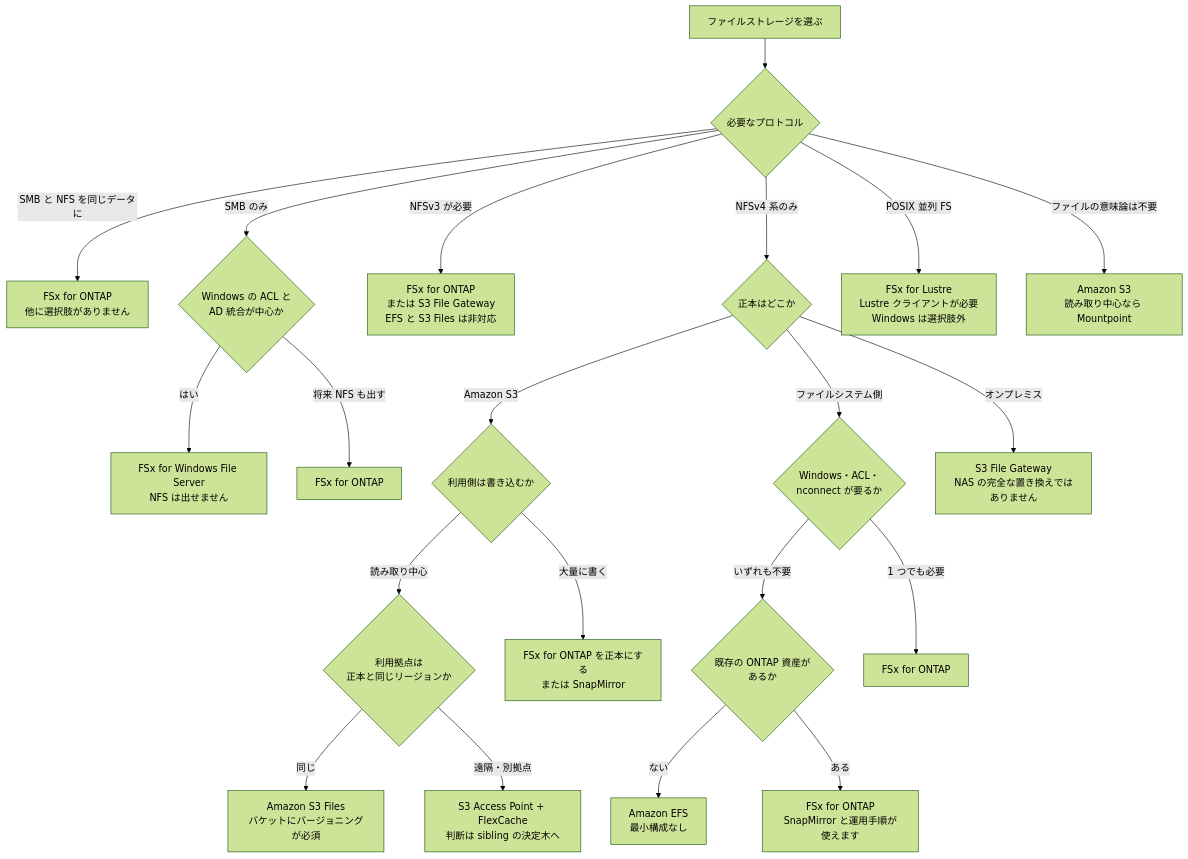
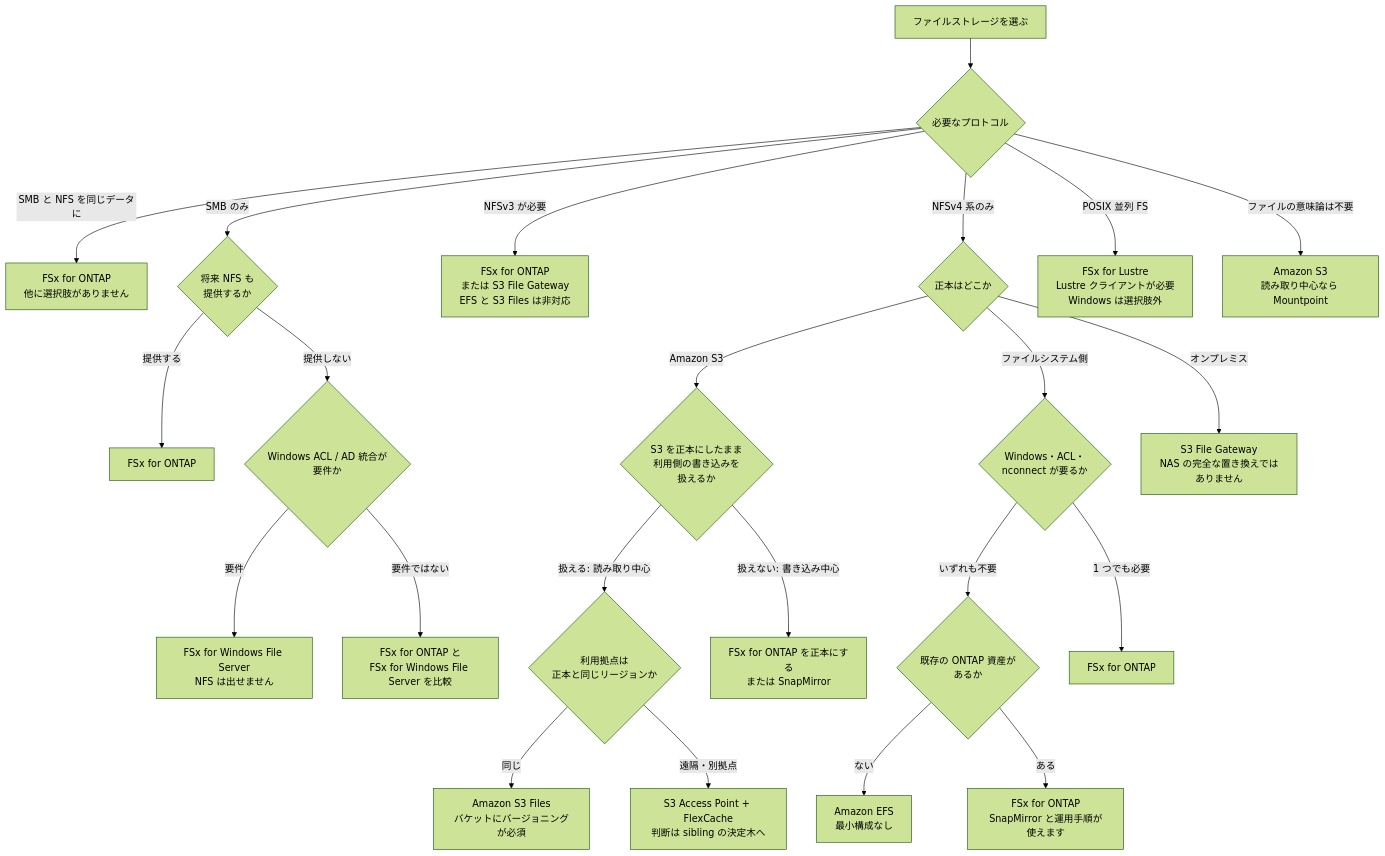
The diagram in docs/ja/reference/decision-trees/file-storage-selection.md (Yoshiki0705/FSx-for-ONTAP-Adoption-Playbook), drawn with Mermaid (forest theme) before and after one commit. The commit also changed other lines of this file and 257 other files, not shown here.

````diff
--- a/docs/ja/reference/decision-trees/file-storage-selection.md
+++ b/docs/ja/reference/decision-trees/file-storage-selection.md
@@ -41,30 +41,32 @@
 ```mermaid
 graph TD
     START[ファイルストレージを選ぶ] --> P{必要なプロトコル}
 
     P -->|SMB と NFS を同じデータに| ONTAP1["FSx for ONTAP<br/>他に選択肢がありません"]
-    P -->|SMB のみ| W{Windows の ACL と<br/>AD 統合が中心か}
+    P -->|SMB のみ| W{将来 NFS も<br/>提供するか}
     P -->|NFSv3 が必要| V3["FSx for ONTAP<br/>または S3 File Gateway<br/>EFS と S3 Files は非対応"]
     P -->|NFSv4 系のみ| SRC{正本はどこか}
     P -->|POSIX 並列 FS| LUSTRE["FSx for Lustre<br/>Lustre クライアントが必要<br/>Windows は選択肢外"]
     P -->|ファイルの意味論は不要| S3ONLY["Amazon S3<br/>読み取り中心なら Mountpoint"]
 
-    W -->|はい| WIN["FSx for Windows File Server<br/>NFS は出せません"]
-    W -->|将来 NFS も出す| ONTAP2["FSx for ONTAP"]
+    W -->|提供する| ONTAP2["FSx for ONTAP"]
+    W -->|提供しない| WACL{Windows ACL / AD 統合が<br/>要件か}
+    WACL -->|要件| WIN["FSx for Windows File Server<br/>NFS は出せません"]
+    WACL -->|要件ではない| COMPARE["FSx for ONTAP と<br/>FSx for Windows File Server を比較"]
 
-    SRC -->|Amazon S3| RW{利用側は書き込むか}
+    SRC -->|Amazon S3| RW{S3 を正本にしたまま<br/>利用側の書き込みを<br/>扱えるか}
     SRC -->|ファイルシステム側| EFSQ{Windows・ACL・<br/>nconnect が要るか}
     SRC -->|オンプレミス| GW["S3 File Gateway<br/>NAS の完全な置き換えではありません"]
 
-    RW -->|読み取り中心| SITE{利用拠点は<br/>正本と同じリージョンか}
-    RW -->|大量に書く| ONTAP3["FSx for ONTAP を正本にする<br/>または SnapMirror"]
+    RW -->|扱える: 読み取り中心| SITE{利用拠点は<br/>正本と同じリージョンか}
+    RW -->|扱えない: 書き込み中心| ONTAP3["FSx for ONTAP を正本にする<br/>または SnapMirror"]
 
     SITE -->|同じ| S3F["Amazon S3 Files<br/>バケットにバージョニングが必須"]
     SITE -->|遠隔・別拠点| HANDOFF["S3 Access Point + FlexCache<br/>判断は sibling の決定木へ"]
 
     EFSQ -->|いずれも不要| ONTAPQ{既存の ONTAP 資産が<br/>あるか}
     EFSQ -->|1 つでも必要| ONTAP4["FSx for ONTAP"]
 
     ONTAPQ -->|ない| EFS["Amazon EFS<br/>最小構成なし"]
     ONTAPQ -->|ある| ONTAP5["FSx for ONTAP<br/>SnapMirror と運用手順が使えます"]
 ```
````
